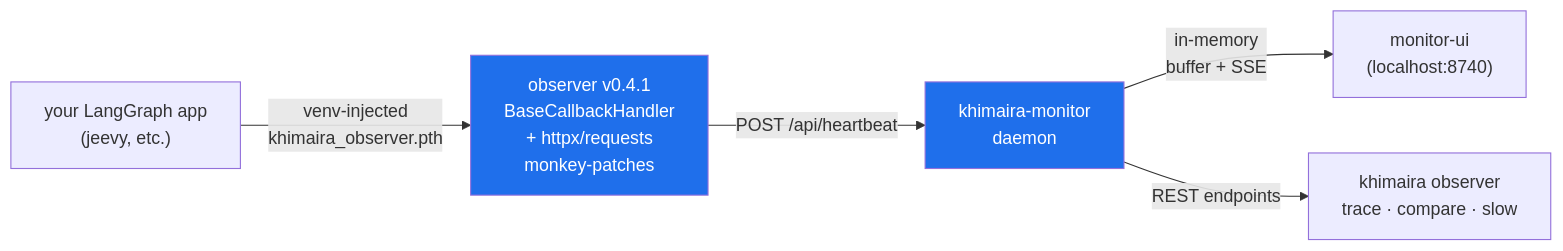
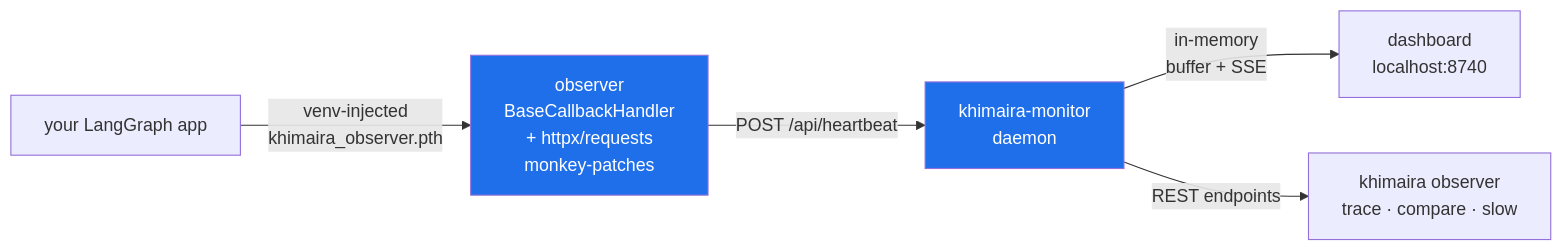
The third of 5 diagrams in README.md (fsocietydisobey/chimera), drawn with Mermaid before and after one commit. The commit also changed other lines of this file, not shown here.

````diff
--- a/README.md
+++ b/README.md
@@ -424,10 +234,10 @@
 ```mermaid
 flowchart LR
-    App["your LangGraph app<br/>(jeevy, etc.)"] -->|venv-injected<br/>khimaira_observer.pth| Obs["observer v0.4.1<br/>BaseCallbackHandler<br/>+ httpx/requests<br/>monkey-patches"]
+    App["your LangGraph app"] -->|venv-injected<br/>khimaira_observer.pth| Obs["observer<br/>BaseCallbackHandler<br/>+ httpx/requests<br/>monkey-patches"]
     Obs -->|POST /api/heartbeat| Daemon["khimaira-monitor<br/>daemon"]
-    Daemon -->|in-memory<br/>buffer + SSE| UI["monitor-ui<br/>(localhost:8740)"]
+    Daemon -->|in-memory<br/>buffer + SSE| UI["dashboard<br/>localhost:8740"]
     Daemon -->|REST endpoints| CLI["khimaira observer<br/>trace · compare · slow"]
 
     style Obs fill:#1f6feb,color:#fff
     style Daemon fill:#1f6feb,color:#fff
 ```
````
